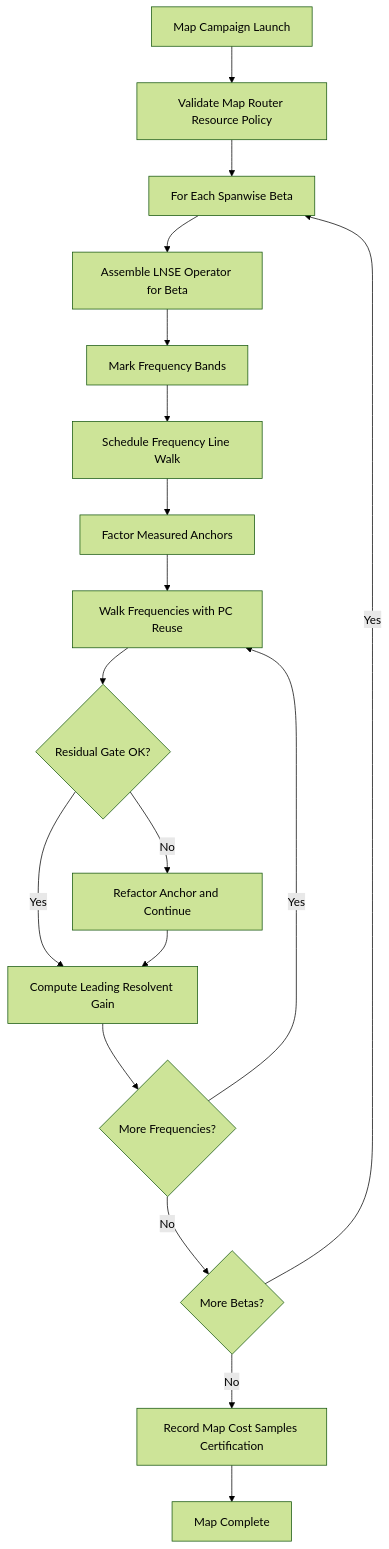
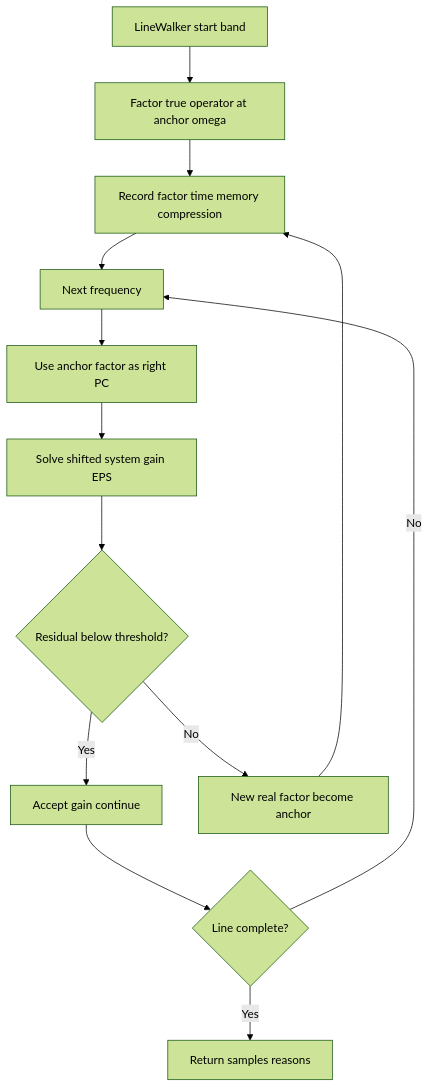
The third of 3 diagrams in wiki/architecture.md (openfluids/linstabpy), drawn with Mermaid (forest theme) before and after one commit. The commit also changed other lines of this file and 7 other files, not shown here.

First line of the commit message:
Docs: one Architecture page replaces overview, workflow and docs/architecture

````diff
--- a/wiki/architecture.md
+++ b/wiki/architecture.md
@@ -616,20 +232,27 @@
 ```mermaid
 flowchart TD
-  Start["Map Campaign Launch"] --> ValidateMap["Validate Map Router Resource Policy"]
-  ValidateMap --> LoopBeta["For Each Spanwise Beta"]
-  LoopBeta --> AssembleBeta["Assemble LNSE Operator for Beta"]
-  AssembleBeta --> MarkBands["Mark Frequency Bands"]
-  MarkBands --> ScheduleWalk["Schedule Frequency Line Walk"]
-  ScheduleWalk --> AnchorFactor["Factor Measured Anchors"]
-  AnchorFactor --> WalkFreq["Walk Frequencies with PC Reuse"]
-  WalkFreq --> ResidualGate{"Residual Gate OK?"}
-  ResidualGate -->|Yes| ComputeGain["Compute Leading Resolvent Gain"]
-  ResidualGate -->|No| Refactor["Refactor Anchor and Continue"]
-  Refactor --> ComputeGain
-  ComputeGain --> MoreFreq{"More Frequencies?"}
-  MoreFreq -->|Yes| WalkFreq
-  MoreFreq -->|No| MoreBeta{"More Betas?"}
-  MoreBeta -->|Yes| LoopBeta
-  MoreBeta -->|No| RecordMap["Record Map Cost Samples Certification"]
-  RecordMap --> End["Map Complete"]
+    WalkInit["LineWalker start band"]
+    PayAnchor["Factor true operator at anchor omega"]
+    MeasureCost["Record factor time memory compression"]
+    NextOm["Next frequency"]
+    PCApply["Use anchor factor as right PC"]
+    SolveOm["Solve shifted system gain EPS"]
+    Gate{"Residual below threshold?"}
+    Keep["Accept gain continue"]
+    NewFac["New real factor become anchor"]
+    Done{"Line complete?"}
+    WalkEnd["Return samples reasons"]
+
+    WalkInit --> PayAnchor
+    PayAnchor --> MeasureCost
+    MeasureCost --> NextOm
+    NextOm --> PCApply
+    PCApply --> SolveOm
+    SolveOm --> Gate
+    Gate -->|Yes| Keep
+    Gate -->|No| NewFac
+    NewFac --> MeasureCost
+    Keep --> Done
+    Done -->|No| NextOm
+    Done -->|Yes| WalkEnd
 ```
````
